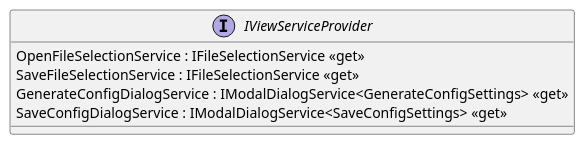
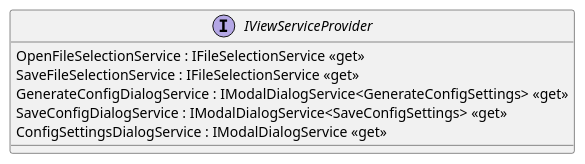
One commit to pierre3/CsvEditSharp changed the diagram in Documents/uml/Services/IViewServiceProvider.puml. Above: the diagram before and after it, drawn with PlantUML. The commit also changed 9 other files, not shown here.

Commit message:
Update uml

```diff
--- a/Documents/uml/Services/IViewServiceProvider.puml
+++ b/Documents/uml/Services/IViewServiceProvider.puml
@@ -1,8 +1,9 @@
 @startuml
 interface IViewServiceProvider {
     OpenFileSelectionService : IFileSelectionService <<get>>
     SaveFileSelectionService : IFileSelectionService <<get>>
     GenerateConfigDialogService : IModalDialogService<GenerateConfigSettings> <<get>>
     SaveConfigDialogService : IModalDialogService<SaveConfigSettings> <<get>>
+    ConfigSettingsDialogService : IModalDialogService <<get>>
 }
 @enduml
```
